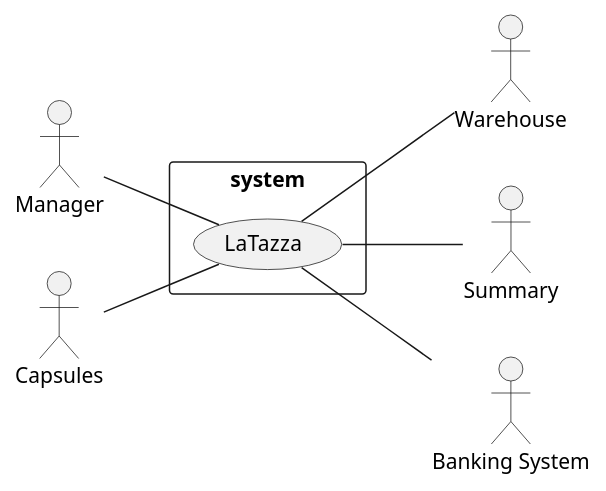
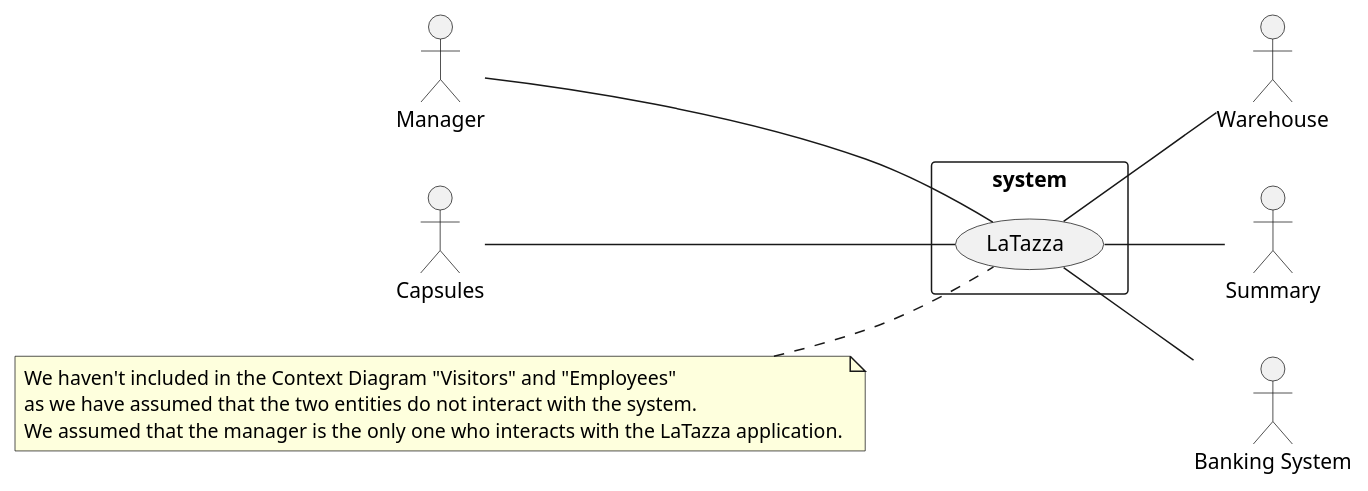
Before and after one commit to DarkSee/LaTazza: the first of 4 diagrams in templates/RequirementsTemplate.md, drawn with PlantUML. The commit also changed other lines of this file, not shown here.

Commit message:
Update notes in Context Diagram

````diff
--- a/templates/RequirementsTemplate.md
+++ b/templates/RequirementsTemplate.md
@@ -56,19 +56,30 @@
 ```plantuml
 left to right direction
 skinparam packageStyle rectangle
 
 actor Manager as M
 actor Warehouse as W
 actor Summary as S
 actor "Banking System" as BS
 actor "Capsules" as C
 
 rectangle system {
   (LaTazza) as LT
    M -- LT
    LT -- S
    LT -- W
    LT -- BS
    C -- LT  
 }
+
+note left 
+        We haven't included in the Context Diagram "Visitors" and "Employees" 
+        as we have assumed that the two entities do not interact with the system.
+        We assumed that the manager is the only one who interacts with the LaTazza application.
+end note
+
+
+
+
+
 ```
````
